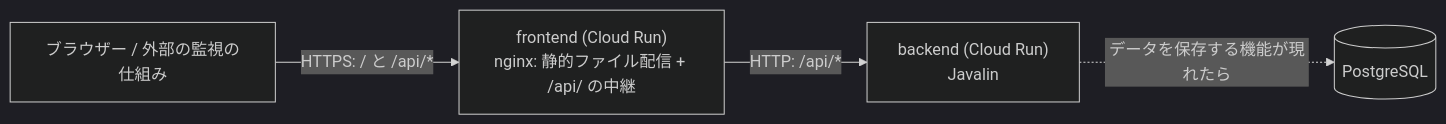
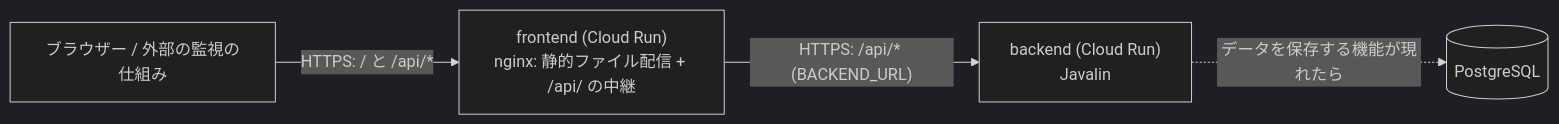
The diagram in docs/architecture.md (kyro-studios/test-phase-sandbox), drawn with Mermaid (dark theme) before and after one commit. The commit also changed other lines of this file and 2 other files, not shown here.

Commit message:
docs: Cloud Run 間の中継を HTTPS にそろえ、405 の契約を直す

````diff
--- a/docs/architecture.md
+++ b/docs/architecture.md
@@ -96,6 +96,6 @@
 ```mermaid
 flowchart LR
     Browser["ブラウザー / 外部の監視の仕組み"] -->|"HTTPS: / と /api/*"| FE["frontend (Cloud Run)<br/>nginx: 静的ファイル配信 + /api/ の中継"]
-    FE -->|"HTTP: /api/*"| BE["backend (Cloud Run)<br/>Javalin"]
+    FE -->|"HTTPS: /api/* (BACKEND_URL)"| BE["backend (Cloud Run)<br/>Javalin"]
     BE -.->|"データを保存する機能が現れたら"| DB[("PostgreSQL")]
 ```
````
